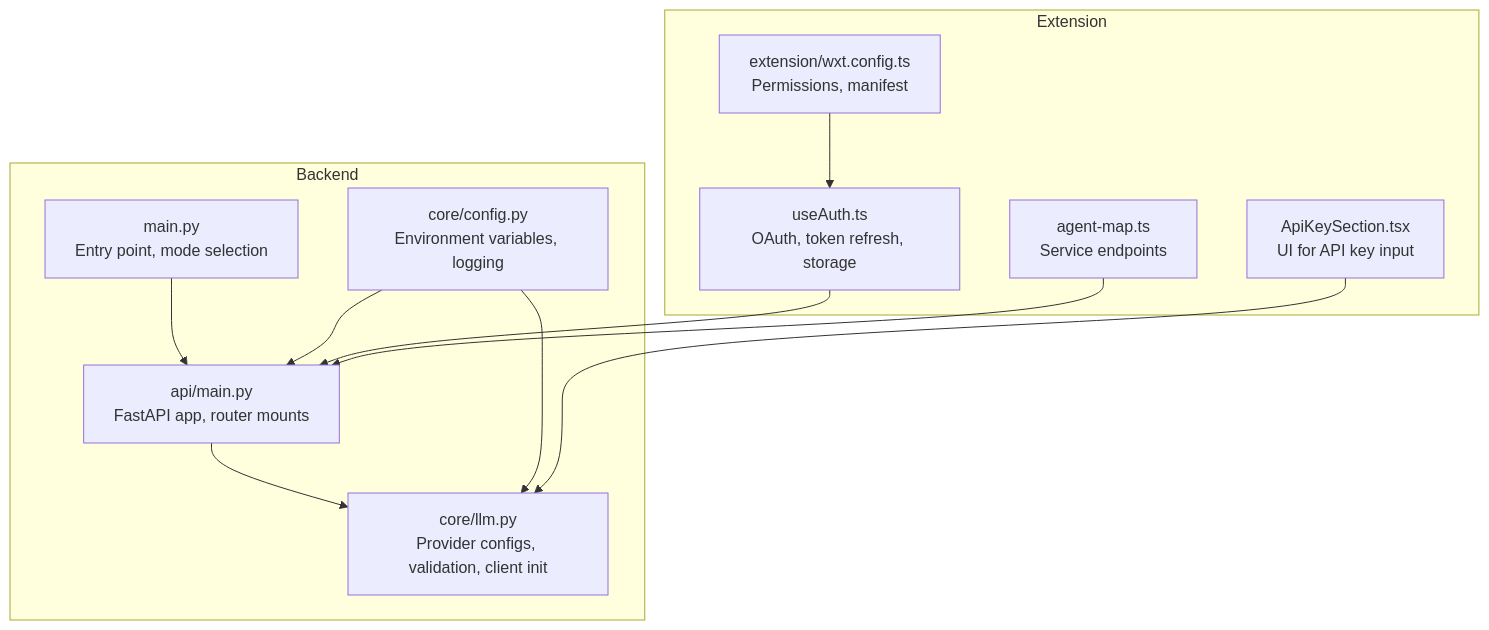
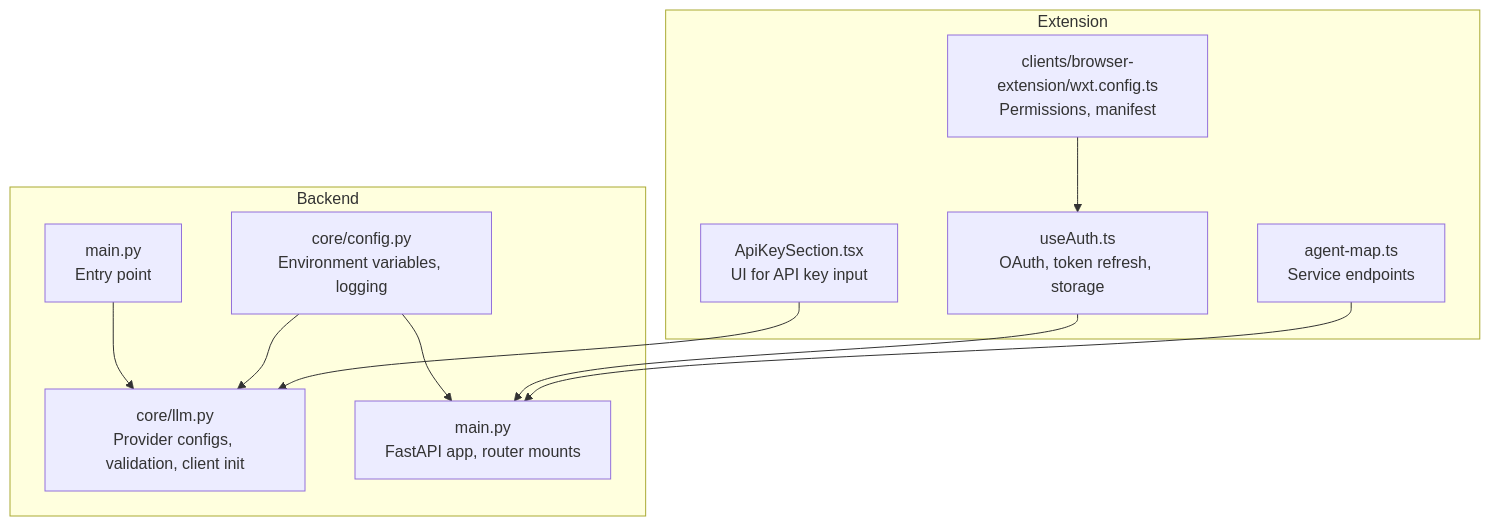
The first of 4 diagrams in src/data/docs/agentic-browser/Configuration Management.md (tashifkhan/tashif.codes), drawn with Mermaid before and after one commit. The commit also changed other lines of this file and 2128 other files, not shown here.

First line of the commit message:
docs: replace raster diagram images with native Mermaid across project guides

````diff
--- a/src/data/docs/agentic-browser/Configuration Management.md
+++ b/src/data/docs/agentic-browser/Configuration Management.md
@@ -12,23 +12,22 @@
 ```mermaid
 graph TB
 subgraph "Backend"
 CFG["core/config.py<br/>Environment variables, logging"]
 LLM["core/llm.py<br/>Provider configs, validation, client init"]
-API["api/main.py<br/>FastAPI app, router mounts"]
-MAIN["main.py<br/>Entry point, mode selection"]
+API["main.py<br/>FastAPI app, router mounts"]
+MAIN["main.py<br/>Entry point"]
 end
 subgraph "Extension"
-WXT["extension/wxt.config.ts<br/>Permissions, manifest"]
+WXT["clients/browser-extension/wxt.config.ts<br/>Permissions, manifest"]
 AUTH["useAuth.ts<br/>OAuth, token refresh, storage"]
 KEYUI["ApiKeySection.tsx<br/>UI for API key input"]
 MAP["agent-map.ts<br/>Service endpoints"]
 end
-MAIN --> API
-API --> LLM
+MAIN --> LLM
 CFG --> API
 CFG --> LLM
 AUTH --> API
 KEYUI --> LLM
 MAP --> API
 WXT --> AUTH
 ```
````
